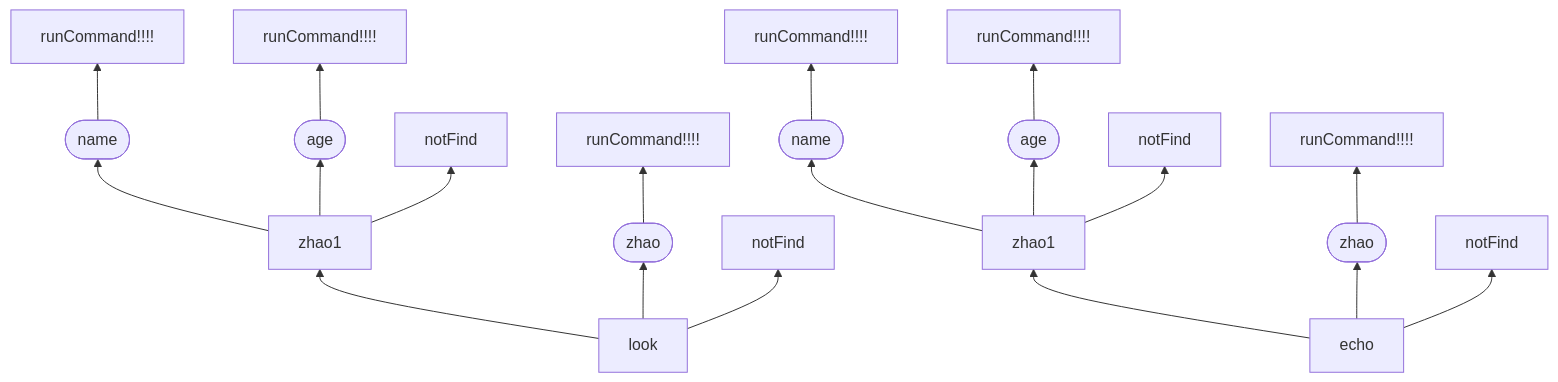
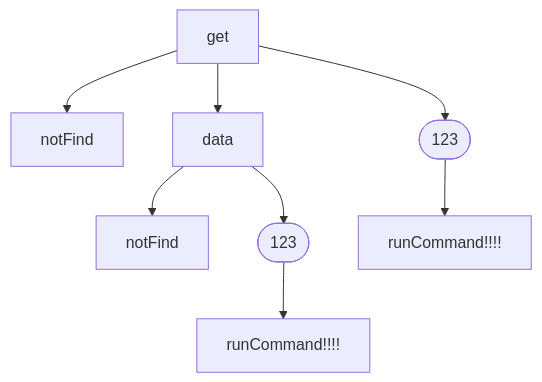
The first of 3 diagrams in README-Chinese.md (BeardedManZhao/Gravel-Grammar), drawn with Mermaid before and after one commit. The commit also changed other lines of this file and 9 other files, not shown here.

````diff
--- a/README-Chinese.md
+++ b/README-Chinese.md
@@ -89,22 +67,10 @@
 ```mermaid
-graph BT
-2054798982[echo] --> 1435804085[zhao1]
-1435804085[zhao1] --> 1239731077[name]
-1239731077([name]) --> 0.22996405372299833[runCommand!!!!]
-1435804085[zhao1] --> 1134712904[age]
-1134712904([age]) --> 0.1207769865832029[runCommand!!!!]
-1435804085[zhao1] --> 993231413[notFind]
-2054798982[echo] --> 1854778591[zhao]
-1854778591([zhao]) --> 0.7297372043565574[runCommand!!!!]
-2054798982[echo] --> 863085928[notFind]
-1360767589[look] --> 2137211482[zhao1]
-2137211482[zhao1] --> 191382150[name]
-191382150([name]) --> 0.7344286874874605[runCommand!!!!]
-2137211482[zhao1] --> 1060830840[age]
-1060830840([age]) --> 0.42292360289024644[runCommand!!!!]
-2137211482[zhao1] --> 403615835[notFind]
-1360767589[look] --> 968514068[zhao]
-968514068([zhao]) --> 0.31468877492248504[runCommand!!!!]
-1360767589[look] --> 852626363[notFind]
-
+graph BR
+509886383[get] --> 997110508[123]
+997110508([123]) --> 0.28360680445372355[runCommand!!!!]
+509886383[get] --> 1435804085[data]
+1435804085[data] --> 985922955[123]
+985922955([123]) --> 0.5785985540770648[runCommand!!!!]
+1435804085[data] --> 569859827[notFind]
+509886383[get] --> 900317552[notFind]
 ```
````
